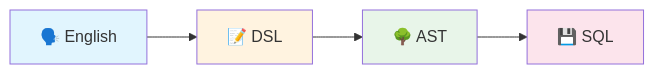
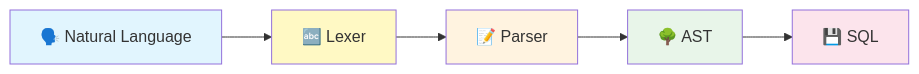
The diagram in README.md (haiquan0092003/Natural-Language-Command-to-SQL-Parser), drawn with Mermaid before and after one commit. The commit also changed other lines of this file and 7 other files, not shown here.

First line of the commit message:
feat: Add Lexer and Parser modules for proper compiler architecture

````diff
--- a/README.md
+++ b/README.md
@@ -72,11 +72,13 @@
 ```mermaid
 graph LR
-    A[🗣️ English] --> B[📝 DSL]
-    B --> C[🌳 AST]
-    C --> D[💾 SQL]
+    A[🗣️ Natural Language] --> B[🔤 Lexer]
+    B --> C[📝 Parser]
+    C --> D[🌳 AST]
+    D --> E[💾 SQL]
     
     style A fill:#e1f5fe
-    style B fill:#fff3e0
-    style C fill:#e8f5e9
-    style D fill:#fce4ec
+    style B fill:#fff9c4
+    style C fill:#fff3e0
+    style D fill:#e8f5e9
+    style E fill:#fce4ec
 ```
````
